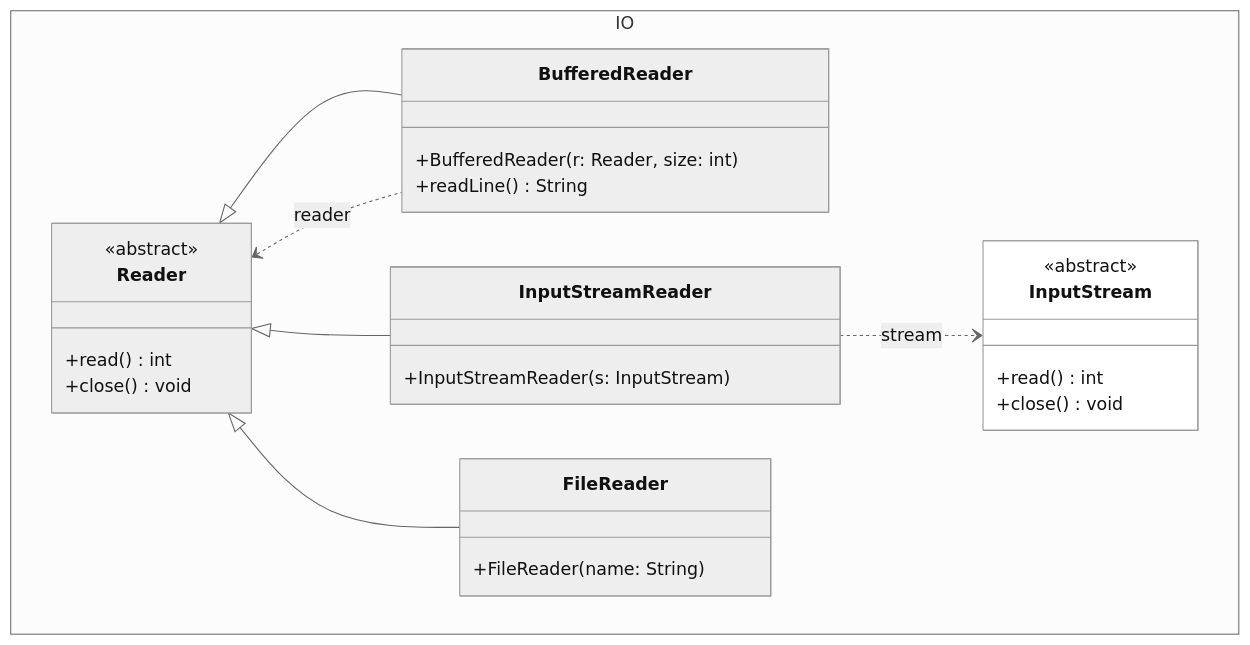
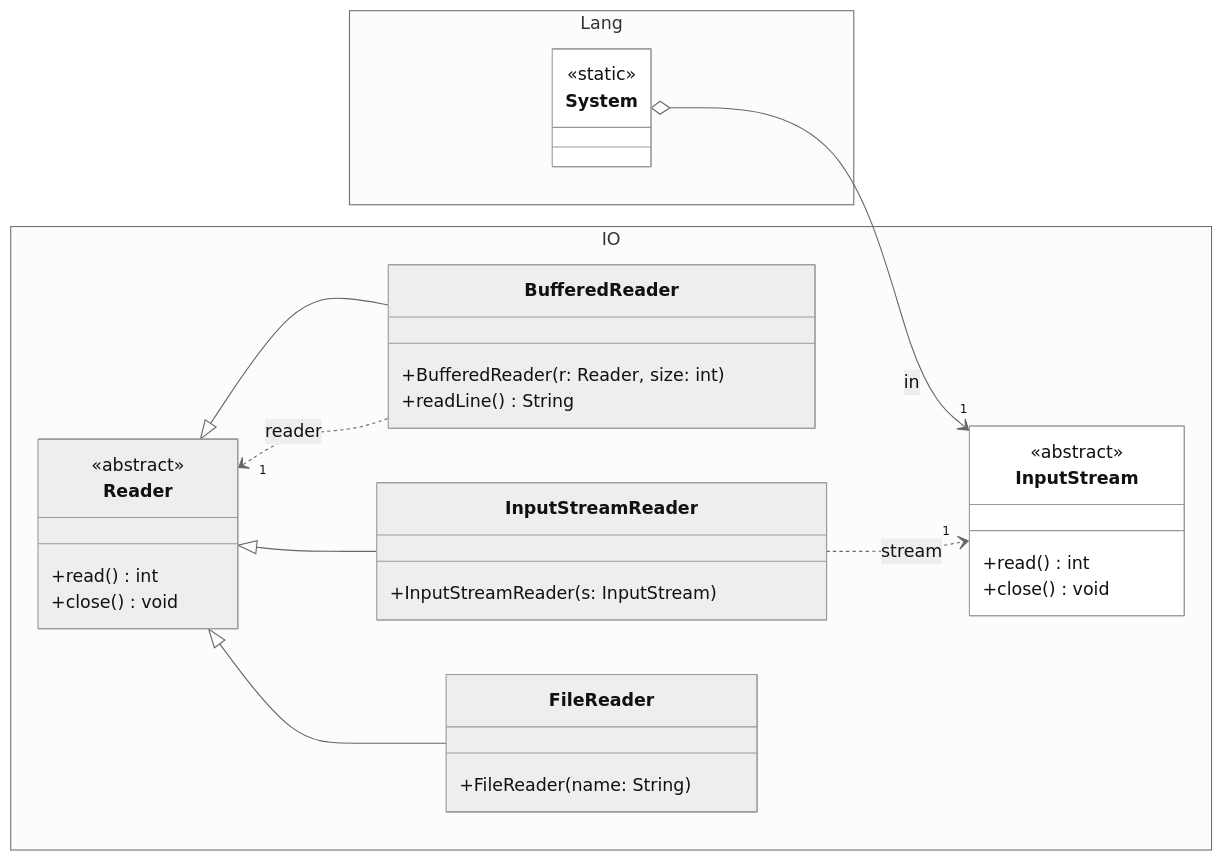
One commit to ghackenberg/kurs-java-programmierung changed the diagram in Grafiken/IO/Reader.mmd. Above: the diagram before and after it, drawn with Mermaid (neutral theme). The commit also changed 12 other files, not shown here.

```diff
--- a/Grafiken/IO/Reader.mmd
+++ b/Grafiken/IO/Reader.mmd
@@ -1,42 +1,55 @@
 classDiagram
+
+    direction LR
+
+    namespace Lang {
+
+        class System {
+            <<static>>
+        }
+
+    }
 
     namespace IO {
 
         class InputStream {
             <<abstract>>
             +read() int
             +close() void
         }
 
         class Reader {
             <<abstract>>
             +read() int
             +close() void
         }
 
         class BufferedReader {
             +BufferedReader(r: Reader, size: int)
             +readLine() String
         }
 
         class InputStreamReader {
             +InputStreamReader(s: InputStream)
         }
 
         class FileReader {
             +FileReader(name: String)
         }
         
     }
 
+    System o-->"1" InputStream: in
+
     Reader <|-- BufferedReader
 
-    Reader <.. BufferedReader: reader
+    Reader "1"<.. BufferedReader: reader
 
     Reader <|-- InputStreamReader
 
     Reader <|-- FileReader
 
-    InputStreamReader ..> InputStream: stream
+    InputStreamReader ..>"1" InputStream: stream
 
+    style System fill:white
     style InputStream fill:white
```
